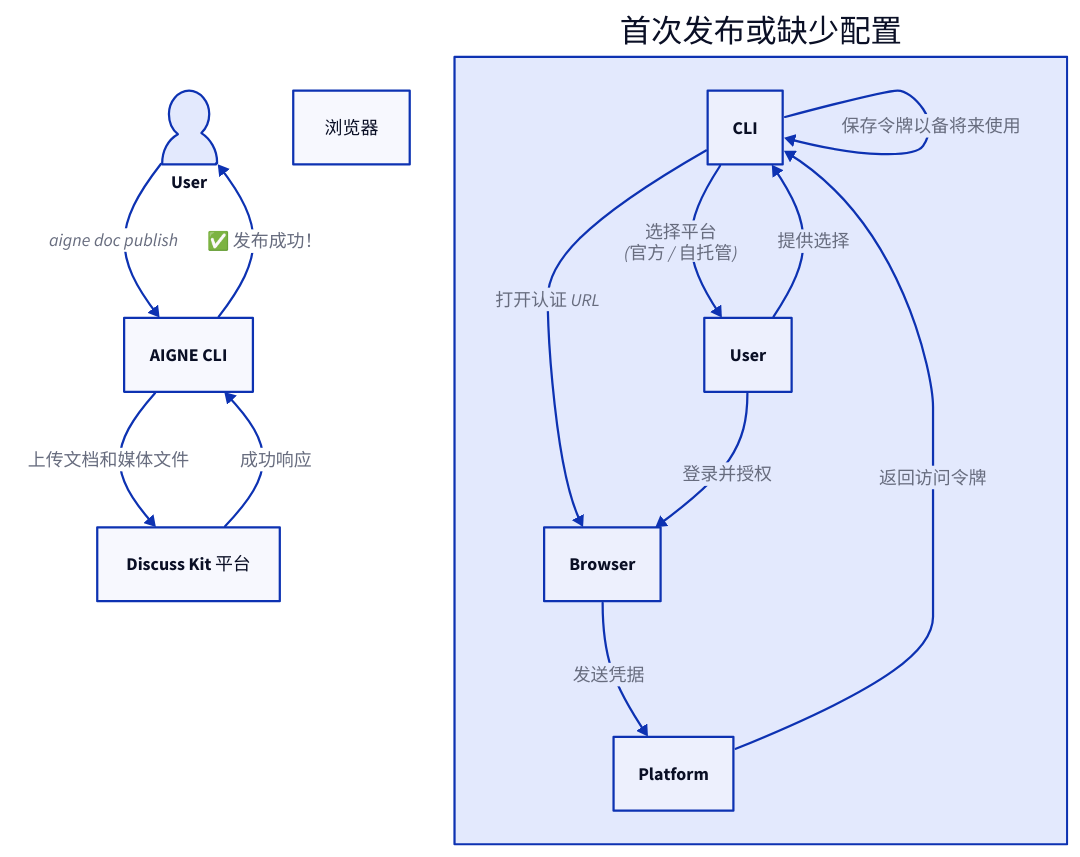
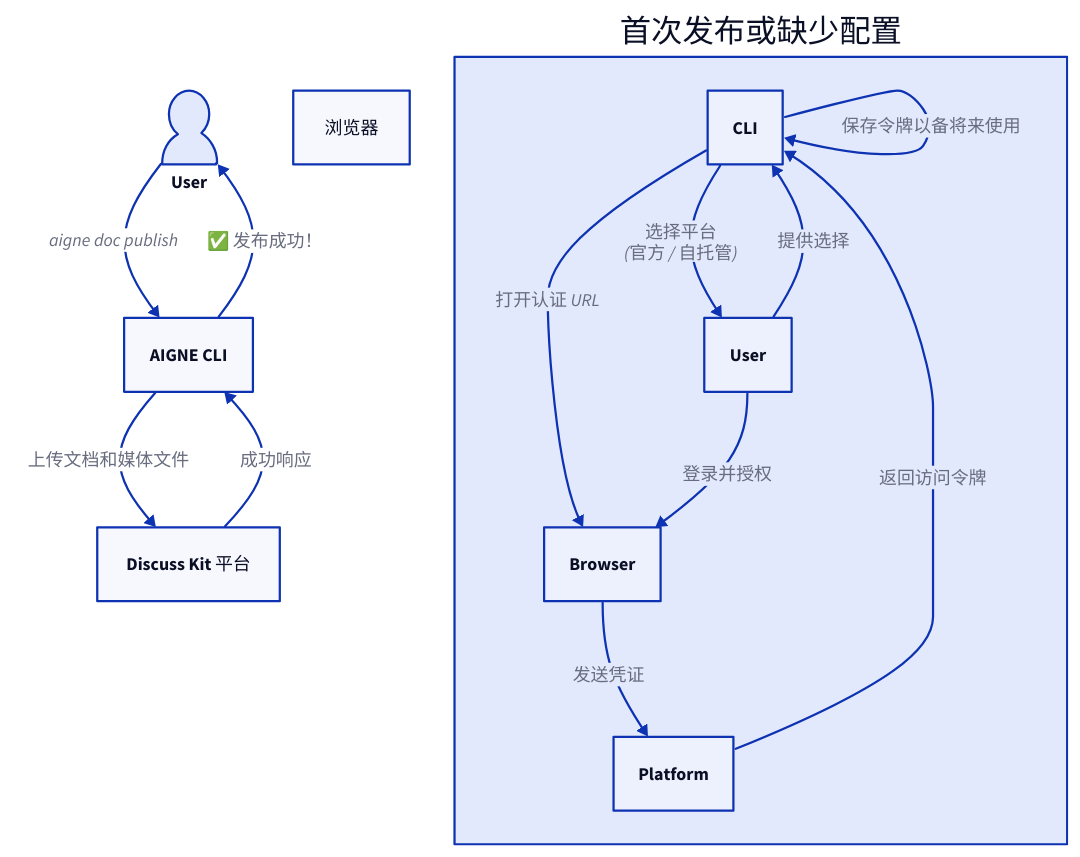
The diagram in docs/features-publish-your-docs.zh.md (AIGNE-io/aigne-doc-smith), drawn with D2 before and after one commit. The commit also changed other lines of this file and 8 other files, not shown here.

````diff
--- a/docs/features-publish-your-docs.zh.md
+++ b/docs/features-publish-your-docs.zh.md
@@ -15,24 +11,24 @@
 ```d2
 direction: down
 
 User: { shape: person }
 CLI: { label: "AIGNE CLI" }
 Browser: { label: "浏览器" }
 Platform: { label: "Discuss Kit 平台" }
 
 User -> CLI: aigne doc publish
 
 alt: "首次发布或缺少配置" {
   CLI -> User: "选择平台\n(官方 / 自托管)"
   User -> CLI: "提供选择"
   CLI -> Browser: "打开认证 URL"
   User -> Browser: "登录并授权"
-  Browser -> Platform: "发送凭据"
+  Browser -> Platform: "发送凭证"
   Platform -> CLI: "返回访问令牌"
   CLI -> CLI: "保存令牌以备将来使用"
 }
 
 CLI -> Platform: "上传文档和媒体文件"
 Platform -> CLI: "成功响应"
 CLI -> User: "✅ 发布成功！"
 ```
````
